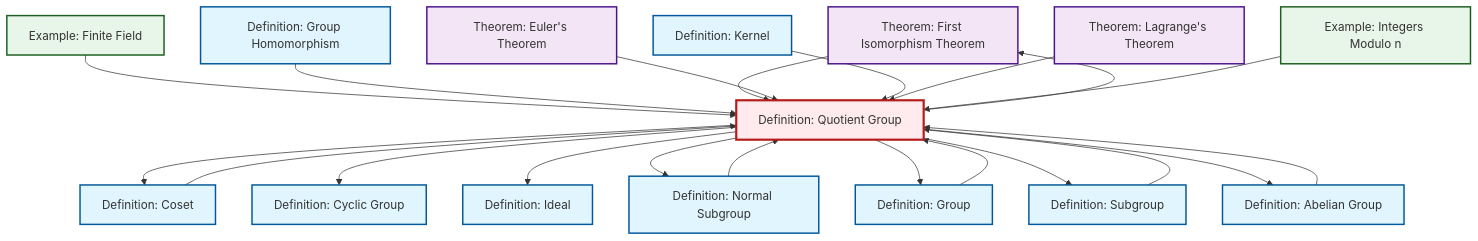
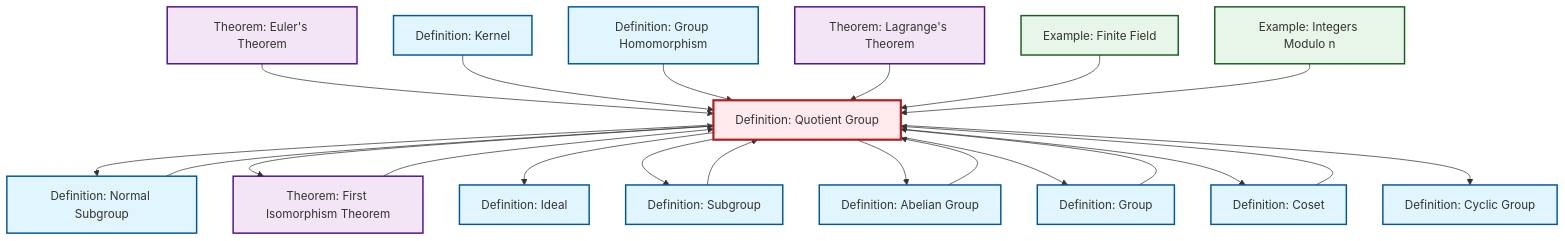
One commit to RK0429/ModernMath changed the diagram in content/ja/algebra/def-quotient-group.qmd. Above: the diagram before and after it, drawn with Mermaid. The commit also changed other lines of this file and 491 other files, not shown here.

````diff
--- a/content/ja/algebra/def-quotient-group.qmd
+++ b/content/ja/algebra/def-quotient-group.qmd
@@ -143,59 +143,59 @@
 ```{mermaid}
 %%| fig-cap: "Local dependency graph"
 graph TD
     classDef definition fill:#e1f5fe,stroke:#01579b,stroke-width:2px
     classDef theorem fill:#f3e5f5,stroke:#4a148c,stroke-width:2px
     classDef axiom fill:#fff3e0,stroke:#e65100,stroke-width:2px
     classDef example fill:#e8f5e9,stroke:#1b5e20,stroke-width:2px
     classDef current fill:#ffebee,stroke:#b71c1c,stroke-width:3px
+    ex-quotient-integers-mod-n["Example: Integers Modulo n"]:::example
+    def-abelian-group["Definition: Abelian Group"]:::definition
+    def-cyclic-group["Definition: Cyclic Group"]:::definition
+    def-normal-subgroup["Definition: Normal Subgroup"]:::definition
     thm-first-isomorphism["Theorem: First Isomorphism Theorem"]:::theorem
+    ex-finite-field["Example: Finite Field"]:::example
+    def-subgroup["Definition: Subgroup"]:::definition
+    def-kernel["Definition: Kernel"]:::definition
+    thm-euler["Theorem: Euler's Theorem"]:::theorem
+    def-coset["Definition: Coset"]:::definition
+    def-group["Definition: Group"]:::definition
+    def-ideal["Definition: Ideal"]:::definition
     def-homomorphism["Definition: Group Homomorphism"]:::definition
-    def-kernel["Definition: Kernel"]:::definition
-    def-group["Definition: Group"]:::definition
-    def-subgroup["Definition: Subgroup"]:::definition
-    def-cyclic-group["Definition: Cyclic Group"]:::definition
-    def-ideal["Definition: Ideal"]:::definition
-    thm-euler["Theorem: Euler's Theorem"]:::theorem
     thm-lagrange["Theorem: Lagrange's Theorem"]:::theorem
-    def-abelian-group["Definition: Abelian Group"]:::definition
-    ex-quotient-integers-mod-n["Example: Integers Modulo n"]:::example
-    def-coset["Definition: Coset"]:::definition
-    def-normal-subgroup["Definition: Normal Subgroup"]:::definition
-    ex-finite-field["Example: Finite Field"]:::example
     def-quotient-group["Definition: Quotient Group"]:::definition
+    thm-euler --> def-quotient-group
+    def-quotient-group --> def-normal-subgroup
+    def-quotient-group --> thm-first-isomorphism
+    def-kernel --> def-quotient-group
+    def-homomorphism --> def-quotient-group
+    def-quotient-group --> def-ideal
+    def-abelian-group --> def-quotient-group
+    def-quotient-group --> def-subgroup
+    thm-lagrange --> def-quotient-group
+    def-coset --> def-quotient-group
+    def-subgroup --> def-quotient-group
+    def-normal-subgroup --> def-quotient-group
+    def-group --> def-quotient-group
+    def-quotient-group --> def-abelian-group
+    thm-first-isomorphism --> def-quotient-group
     ex-finite-field --> def-quotient-group
-    def-group --> def-quotient-group
-    def-homomorphism --> def-quotient-group
+    ex-quotient-integers-mod-n --> def-quotient-group
+    def-quotient-group --> def-group
     def-quotient-group --> def-coset
     def-quotient-group --> def-cyclic-group
-    thm-first-isomorphism --> def-quotient-group
-    def-coset --> def-quotient-group
-    thm-euler --> def-quotient-group
-    def-quotient-group --> def-ideal
-    def-abelian-group --> def-quotient-group
-    def-kernel --> def-quotient-group
-    def-quotient-group --> thm-first-isomorphism
-    def-subgroup --> def-quotient-group
-    def-quotient-group --> def-normal-subgroup
-    thm-lagrange --> def-quotient-group
-    ex-quotient-integers-mod-n --> def-quotient-group
-    def-quotient-group --> def-group
-    def-quotient-group --> def-subgroup
-    def-normal-subgroup --> def-quotient-group
-    def-quotient-group --> def-abelian-group
     class def-quotient-group current
+    click ex-quotient-integers-mod-n "ex-quotient-integers-mod-n.html" "Example: Integers Modulo nへ"
+    click def-abelian-group "def-abelian-group.html" "Definition: Abelian Groupへ"
+    click def-cyclic-group "def-cyclic-group.html" "Definition: Cyclic Groupへ"
+    click def-normal-subgroup "def-normal-subgroup.html" "Definition: Normal Subgroupへ"
     click thm-first-isomorphism "thm-first-isomorphism.html" "Theorem: First Isomorphism Theoremへ"
+    click ex-finite-field "ex-finite-field.html" "Example: Finite Fieldへ"
+    click def-subgroup "def-subgroup.html" "Definition: Subgroupへ"
+    click def-kernel "def-kernel.html" "Definition: Kernelへ"
+    click thm-euler "thm-euler.html" "Theorem: Euler's Theoremへ"
+    click def-coset "def-coset.html" "Definition: Cosetへ"
+    click def-group "def-group.html" "Definition: Groupへ"
+    click def-ideal "def-ideal.html" "Definition: Idealへ"
     click def-homomorphism "def-homomorphism.html" "Definition: Group Homomorphismへ"
-    click def-kernel "def-kernel.html" "Definition: Kernelへ"
-    click def-group "def-group.html" "Definition: Groupへ"
-    click def-subgroup "def-subgroup.html" "Definition: Subgroupへ"
-    click def-cyclic-group "def-cyclic-group.html" "Definition: Cyclic Groupへ"
-    click def-ideal "def-ideal.html" "Definition: Idealへ"
-    click thm-euler "thm-euler.html" "Theorem: Euler's Theoremへ"
     click thm-lagrange "thm-lagrange.html" "Theorem: Lagrange's Theoremへ"
-    click def-abelian-group "def-abelian-group.html" "Definition: Abelian Groupへ"
-    click ex-quotient-integers-mod-n "ex-quotient-integers-mod-n.html" "Example: Integers Modulo nへ"
-    click def-coset "def-coset.html" "Definition: Cosetへ"
-    click def-normal-subgroup "def-normal-subgroup.html" "Definition: Normal Subgroupへ"
-    click ex-finite-field "ex-finite-field.html" "Example: Finite Fieldへ"
 ```
````
